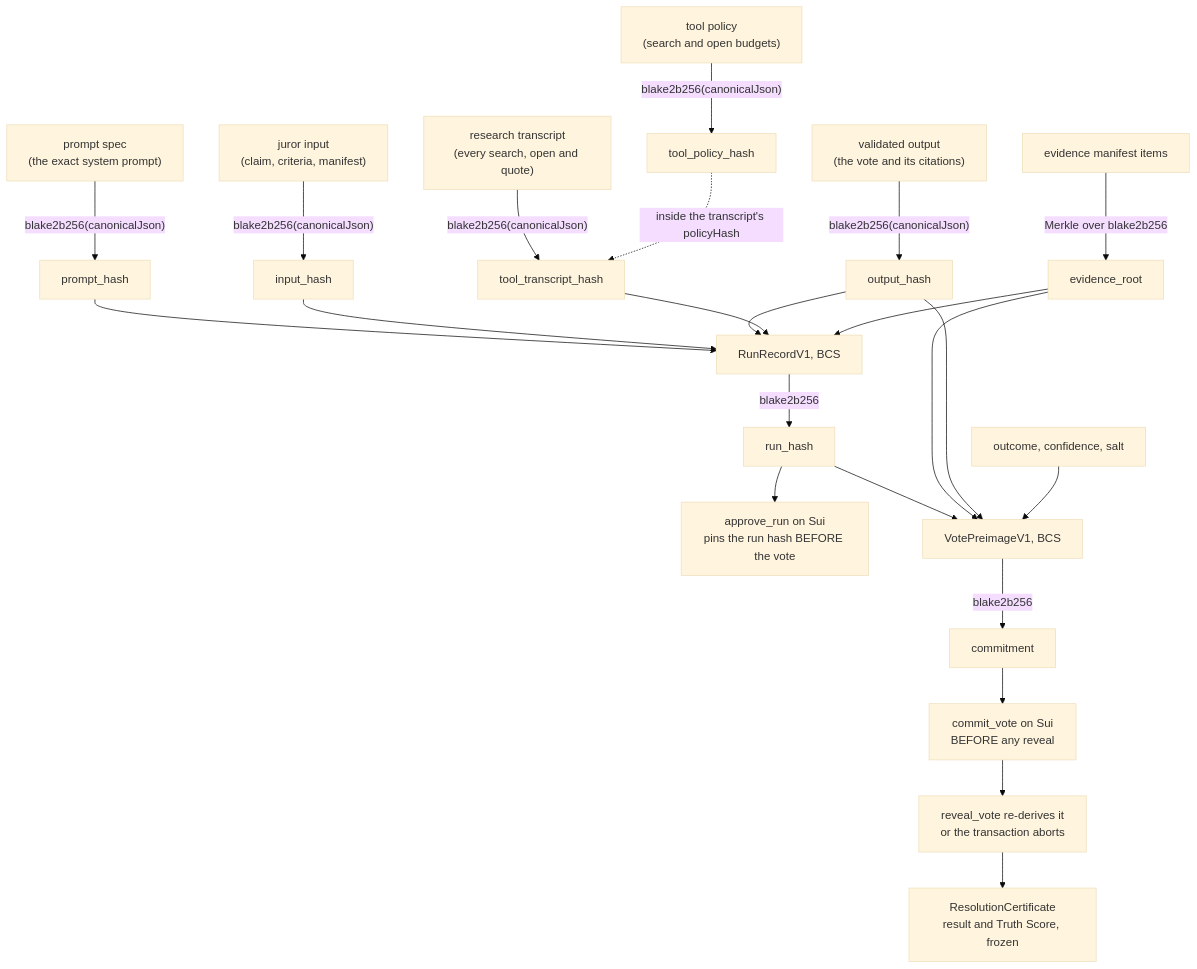
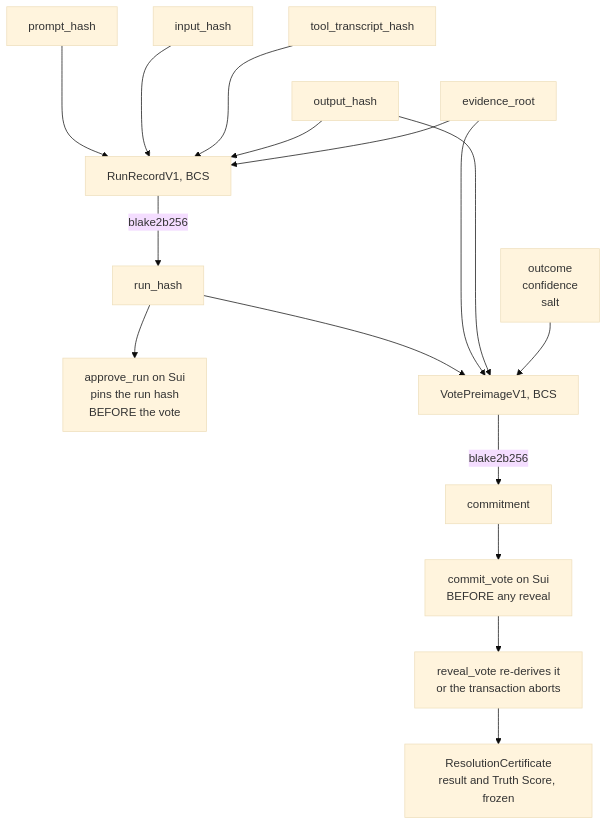
The diagram in docs/site/trust-model.md (Marcussy34/OpenVerdict), drawn with Mermaid (base theme) before and after one commit. The commit also changed other lines of this file and 9 other files, not shown here.

First line of the commit message:
design(console): docs-host links, hash chain in the column, shorter stake card, full agent cards, SUI balance, app link on the landing only

````diff
--- a/docs/site/trust-model.md
+++ b/docs/site/trust-model.md
@@ -22,27 +31,26 @@
 ```mermaid
 flowchart TB
-    PS["prompt spec<br/>(the exact system prompt)"] -->|"blake2b256(canonicalJson)"| PH["prompt_hash"]
-    TP["tool policy<br/>(search and open budgets)"] -->|"blake2b256(canonicalJson)"| TPH["tool_policy_hash"]
-    IN["juror input<br/>(claim, criteria, manifest)"] -->|"blake2b256(canonicalJson)"| IH["input_hash"]
-    OUT["validated output<br/>(the vote and its citations)"] -->|"blake2b256(canonicalJson)"| OH["output_hash"]
-    TR["research transcript<br/>(every search, open and quote)"] -->|"blake2b256(canonicalJson)"| TH["tool_transcript_hash"]
-    EV["evidence manifest items"] -->|"Merkle over blake2b256"| ER["evidence_root"]
-
-    PH --> RR["RunRecordV1, BCS"]
-    IH --> RR
+    PH["prompt_hash"] --> RR["RunRecordV1, BCS"]
+    IH["input_hash"] --> RR
+    TH["tool_transcript_hash"] --> RR
+    %% The five inputs sit on two rows so the whole chain fits the reading
+    %% column without sideways scrolling. The ~~~ links are invisible and mean
+    %% nothing on their own: they put output_hash and evidence_root on the
+    %% second row, which are exactly the two that feed the vote preimage as
+    %% well as the run record.
+    PH ~~~ OH["output_hash"]
+    IH ~~~ OH
+    TH ~~~ ER["evidence_root"]
     OH --> RR
-    TH --> RR
     ER --> RR
     RR -->|"blake2b256"| RH["run_hash"]
-    TPH -.->|"inside the transcript's policyHash"| TH
-
-    RH --> AP["approve_run on Sui<br/>pins the run hash BEFORE the vote"]
+    RH --> AP["approve_run on Sui<br/>pins the run hash<br/>BEFORE the vote"]
     RH --> VP["VotePreimageV1, BCS"]
     ER --> VP
     OH --> VP
-    OUTCOME["outcome, confidence, salt"] --> VP
+    OUTCOME["outcome<br/>confidence<br/>salt"] --> VP
     VP -->|"blake2b256"| CM["commitment"]
     CM --> CV["commit_vote on Sui<br/>BEFORE any reveal"]
     CV --> RV["reveal_vote re-derives it<br/>or the transaction aborts"]
     RV --> CERT["ResolutionCertificate<br/>result and Truth Score, frozen"]
 ```
````
